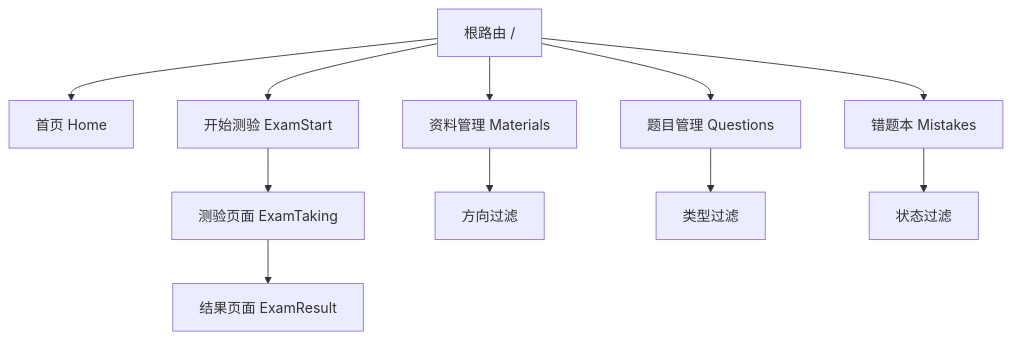
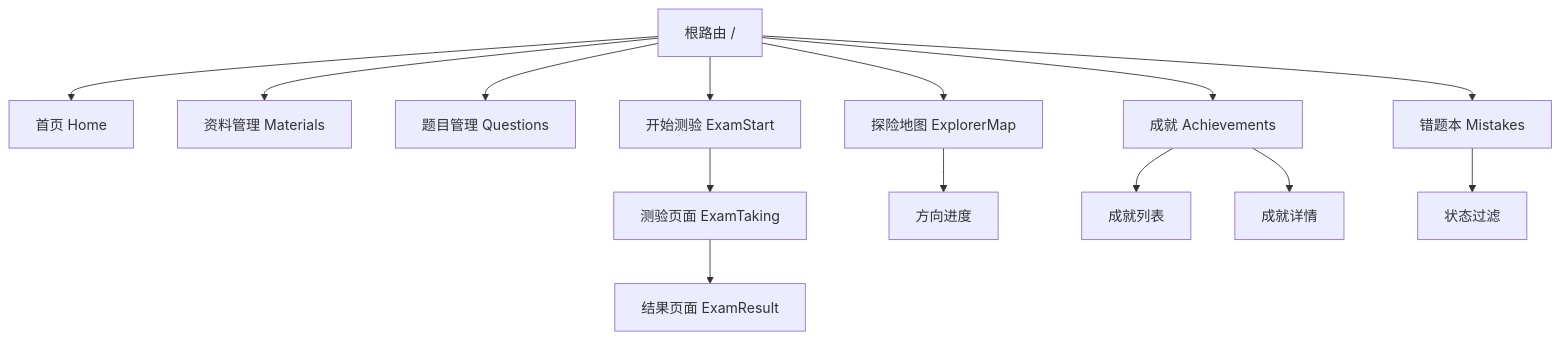
One commit to zhiwenli-jack/personal-learning-manager changed the third of 9 diagrams in .qoder/repowiki/zh/content/前端应用架构/路由系统.md. Above: the diagram before and after it, drawn with Mermaid. The commit also changed other lines of this file and 20 other files, not shown here.

````diff
--- a/.qoder/repowiki/zh/content/前端应用架构/路由系统.md
+++ b/.qoder/repowiki/zh/content/前端应用架构/路由系统.md
@@ -130,13 +145,16 @@
 ```mermaid
 graph TD
 Root[根路由 /] --> Home[首页 Home]
 Root --> Materials[资料管理 Materials]
 Root --> Questions[题目管理 Questions]
 Root --> ExamStart[开始测验 ExamStart]
 Root --> Mistakes[错题本 Mistakes]
+Root --> ExplorerMap[探险地图 ExplorerMap]
+Root --> Achievements[成就 Achievements]
 ExamStart --> ExamTaking[测验页面 ExamTaking]
 ExamTaking --> ExamResult[结果页面 ExamResult]
-Materials --> DirectionFilter[方向过滤]
-Questions --> TypeFilter[类型过滤]
+ExplorerMap --> DirectionProgress[方向进度]
+Achievements --> AchievementList[成就列表]
+Achievements --> AchievementDetails[成就详情]
 Mistakes --> StatusFilter[状态过滤]
 ```
````
